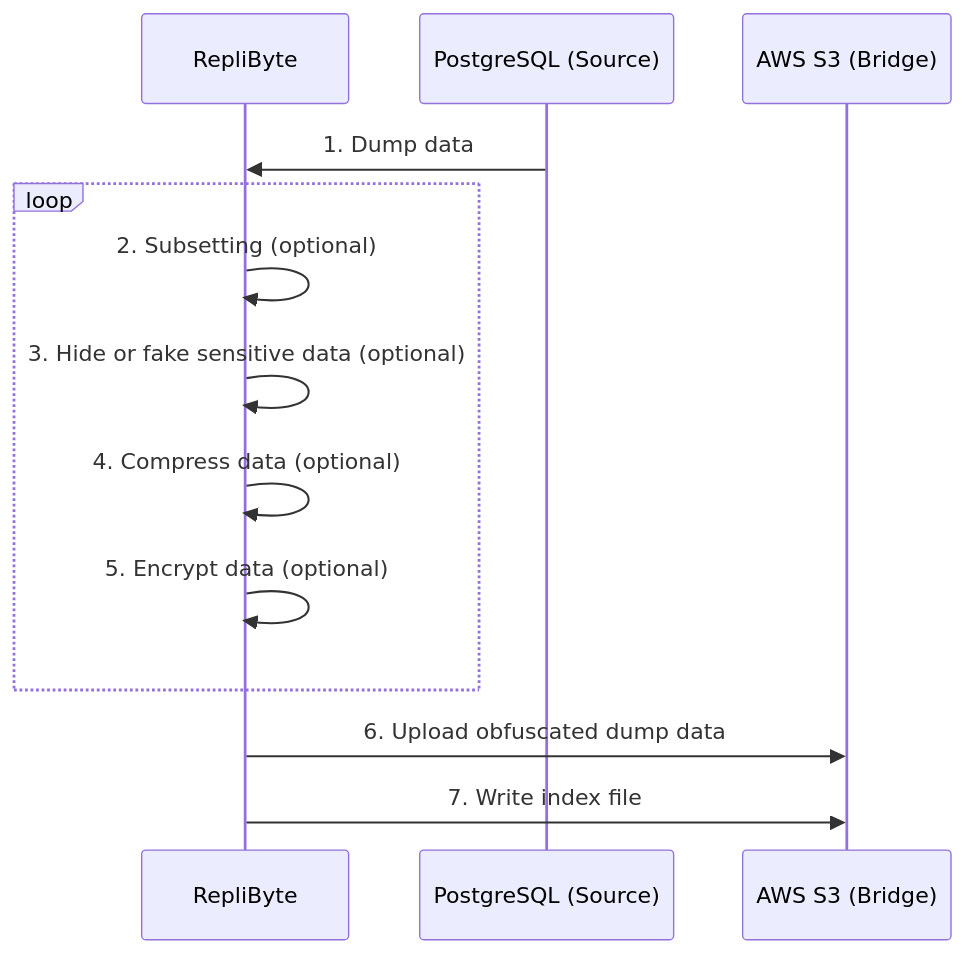
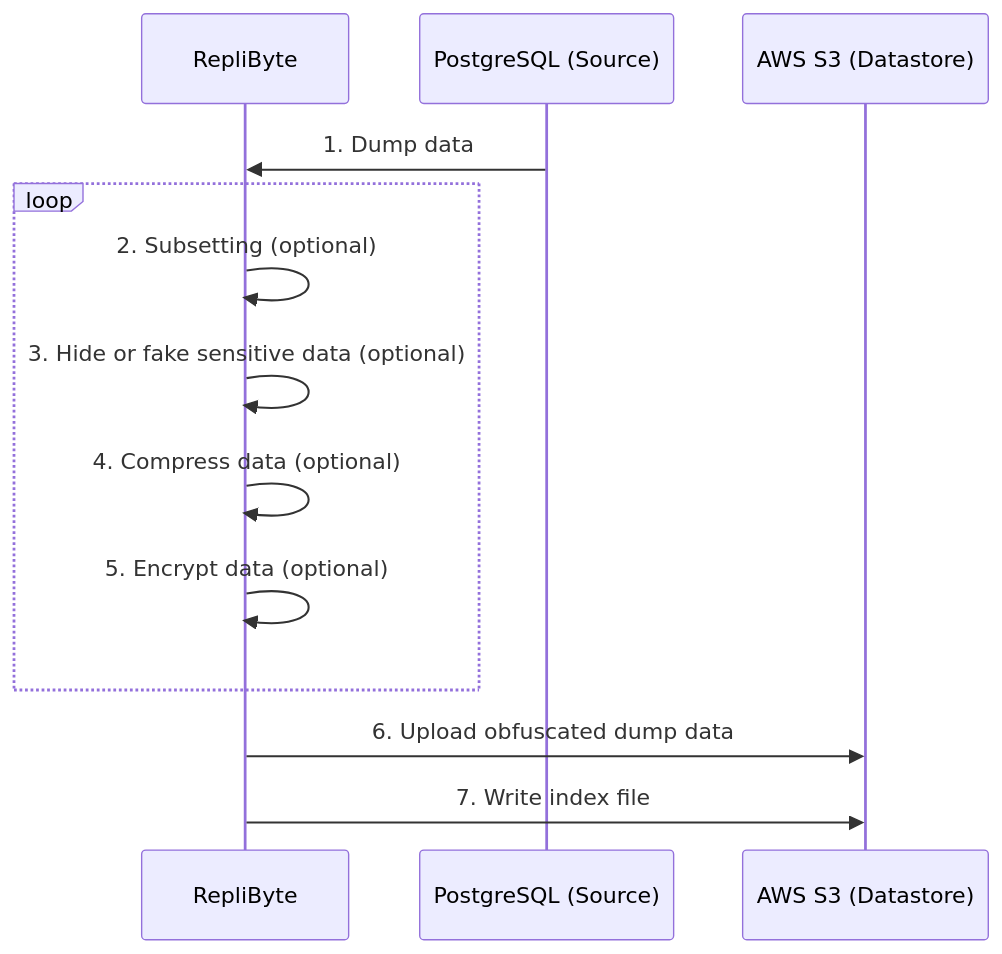
The first of 2 diagrams in website/docs/how-replibyte-works.md (Qovery/Replibyte), drawn with Mermaid before and after one commit. The commit also changed other lines of this file and 18 other files, not shown here.

````diff
--- a/website/docs/how-replibyte-works.md
+++ b/website/docs/how-replibyte-works.md
@@ -10,15 +18,15 @@
 ```mermaid
 sequenceDiagram
     participant RepliByte
     participant PostgreSQL (Source)
-    participant AWS S3 (Bridge)
+    participant AWS S3 (Datastore)
     PostgreSQL (Source)->>RepliByte: 1. Dump data
     loop
         RepliByte->>RepliByte: 2. Subsetting (optional)
         RepliByte->>RepliByte: 3. Hide or fake sensitive data (optional)
         RepliByte->>RepliByte: 4. Compress data (optional)
         RepliByte->>RepliByte: 5. Encrypt data (optional)
     end
-    RepliByte->>AWS S3 (Bridge): 6. Upload obfuscated dump data
-    RepliByte->>AWS S3 (Bridge): 7. Write index file
+    RepliByte->>AWS S3 (Datastore): 6. Upload obfuscated dump data
+    RepliByte->>AWS S3 (Datastore): 7. Write index file
 ```
````
